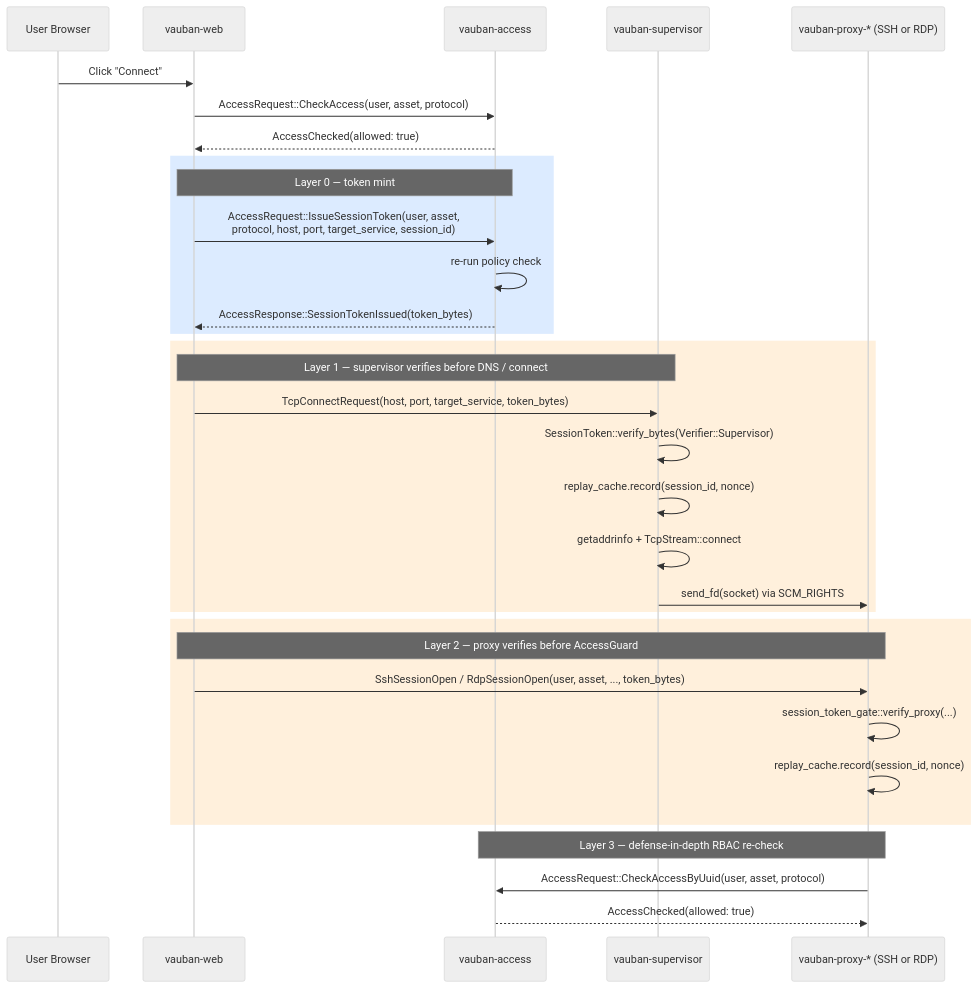
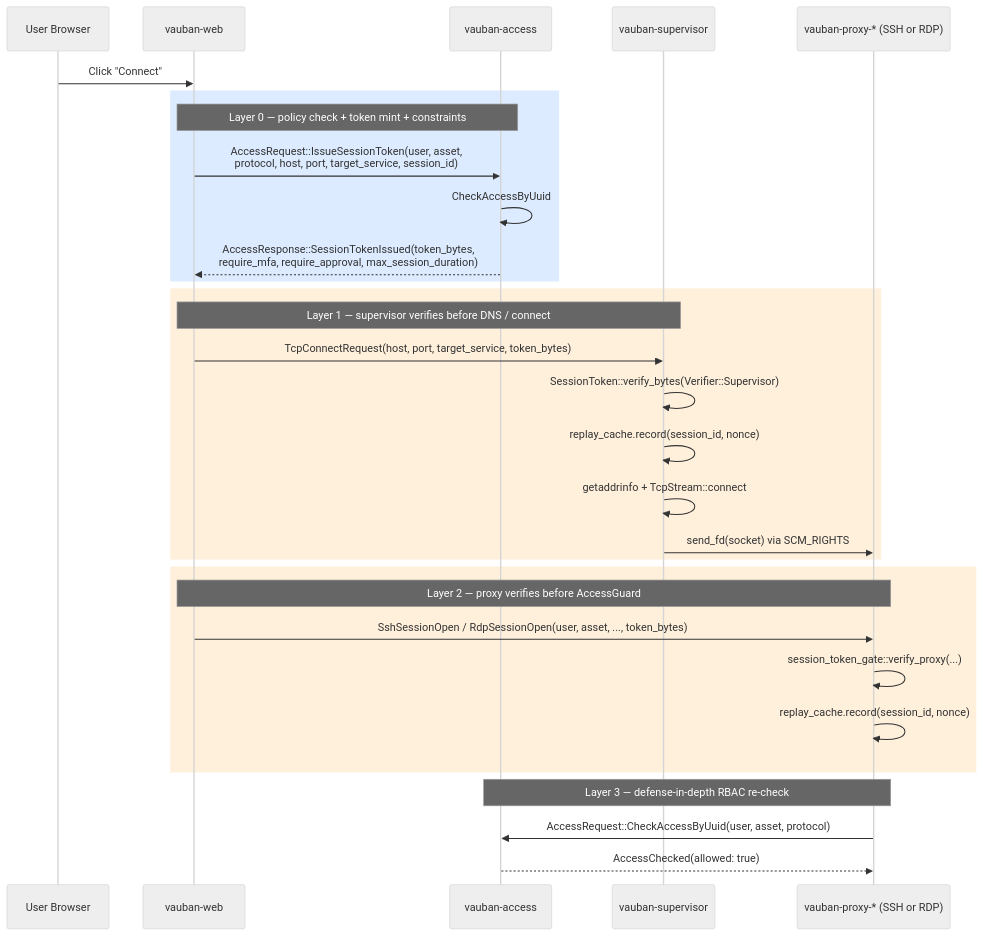
Before and after one commit to rbenaley/Vauban: the sixth of 7 diagrams in docs/technical/Vauban_AccessGuard_Architecture_EN(1.0).md, drawn with Mermaid (neutral theme). The commit also changed other lines of this file and 31 other files, not shown here.

First line of the commit message:
feat(access): merge SSH/RDP policy eval 3->2 via early mint (0.9.27)

````diff
--- a/docs/technical/Vauban_AccessGuard_Architecture_EN(1.0).md
+++ b/docs/technical/Vauban_AccessGuard_Architecture_EN(1.0).md
@@ -589,39 +594,36 @@
 ```mermaid
 sequenceDiagram
     participant U as User Browser
     participant W as vauban-web
     participant AC as vauban-access
     participant S as vauban-supervisor
     participant P as vauban-proxy-* (SSH or RDP)
 
     U->>W: Click "Connect"
-    W->>AC: AccessRequest::CheckAccess(user, asset, protocol)
-    AC-->>W: AccessChecked(allowed: true)
-
     rect rgb(220, 235, 255)
-    Note over W,AC: Layer 0 — token mint
+    Note over W,AC: Layer 0 — policy check + token mint + constraints
     W->>AC: AccessRequest::IssueSessionToken(user, asset,<br/>protocol, host, port, target_service, session_id)
-    AC->>AC: re-run policy check
-    AC-->>W: AccessResponse::SessionTokenIssued(token_bytes)
+    AC->>AC: CheckAccessByUuid
+    AC-->>W: AccessResponse::SessionTokenIssued(token_bytes,<br/>require_mfa, require_approval, max_session_duration)
     end
 
     rect rgb(255, 240, 220)
     Note over W,S: Layer 1 — supervisor verifies before DNS / connect
     W->>S: TcpConnectRequest(host, port, target_service, token_bytes)
     S->>S: SessionToken::verify_bytes(Verifier::Supervisor)
     S->>S: replay_cache.record(session_id, nonce)
     S->>S: getaddrinfo + TcpStream::connect
     S->>P: send_fd(socket) via SCM_RIGHTS
     end
 
     rect rgb(255, 240, 220)
     Note over W,P: Layer 2 — proxy verifies before AccessGuard
     W->>P: SshSessionOpen / RdpSessionOpen(user, asset, ..., token_bytes)
     P->>P: session_token_gate::verify_proxy(...)
     P->>P: replay_cache.record(session_id, nonce)
     end
 
     Note over P,AC: Layer 3 — defense-in-depth RBAC re-check
     P->>AC: AccessRequest::CheckAccessByUuid(user, asset, protocol)
     AC-->>P: AccessChecked(allowed: true)
 ```
````
